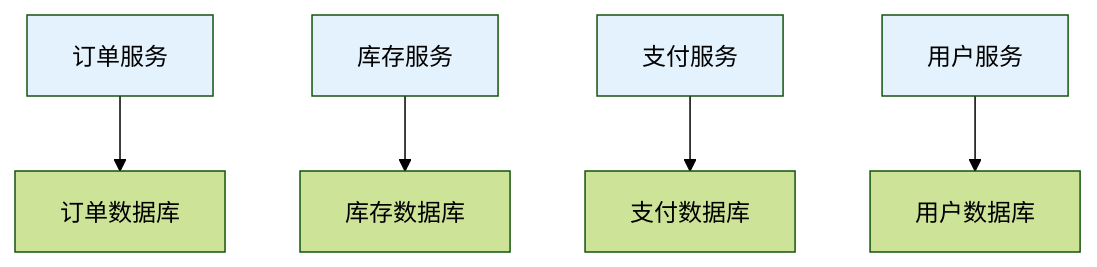
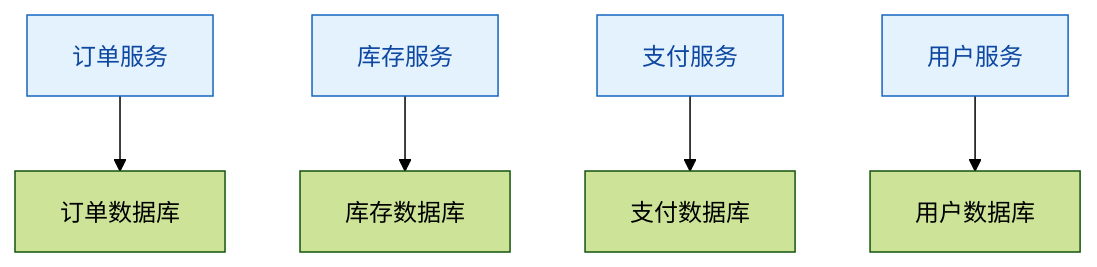
The fifth of 23 diagrams in _posts/2018-12-11-microservices-architecture.md (FreezeSoul/freezesoul.github.com), drawn with Mermaid (forest theme) before and after one commit. The commit also changed other lines of this file and 9 other files, not shown here.

Commit message:
修正mermaid配色与要求

````diff
--- a/_posts/2018-12-11-microservices-architecture.md
+++ b/_posts/2018-12-11-microservices-architecture.md
@@ -290,12 +290,12 @@
 ```mermaid
 graph TD
     A[订单服务] --> B[订单数据库]
     C[库存服务] --> D[库存数据库]
     E[支付服务] --> F[支付数据库]
     G[用户服务] --> H[用户数据库]
 
-    style A fill:#e3f2fd
-    style C fill:#e3f2fd
-    style E fill:#e3f2fd
-    style G fill:#e3f2fd
+    style A fill:#e3f2fd,stroke:#1565c0,color:#0d47a1
+    style C fill:#e3f2fd,stroke:#1565c0,color:#0d47a1
+    style E fill:#e3f2fd,stroke:#1565c0,color:#0d47a1
+    style G fill:#e3f2fd,stroke:#1565c0,color:#0d47a1
 ```
````
